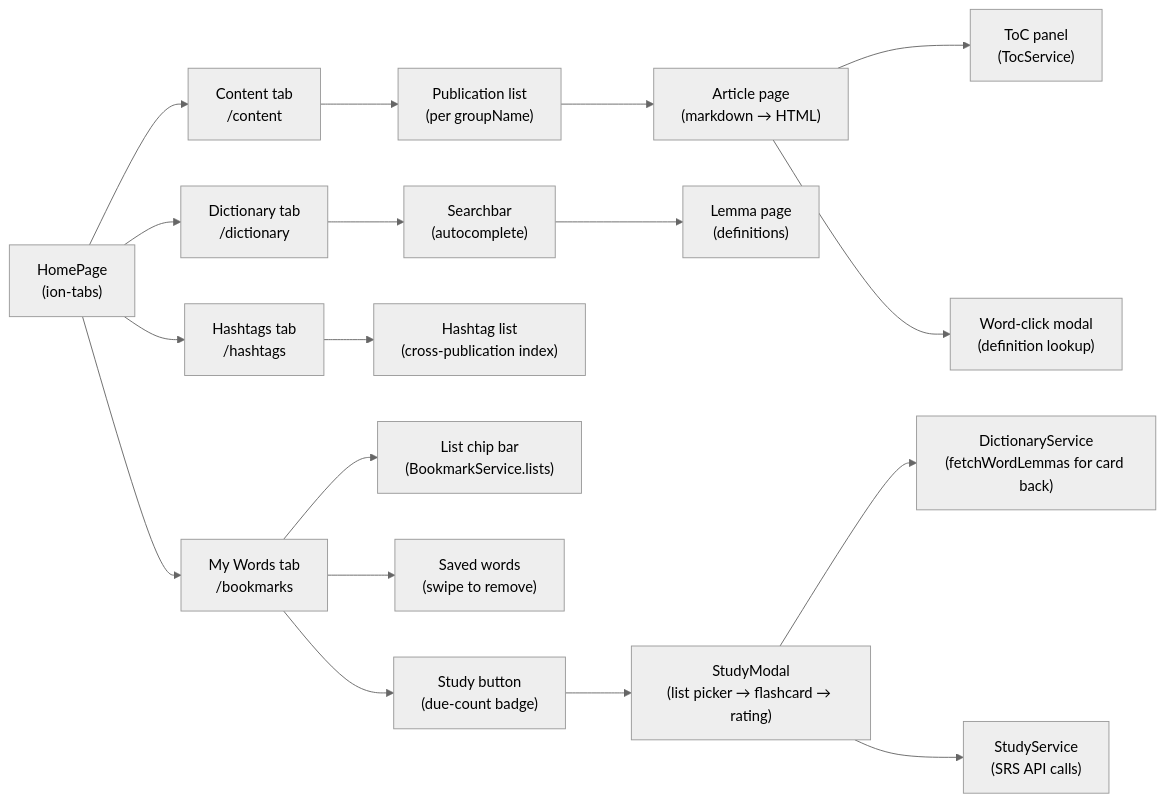
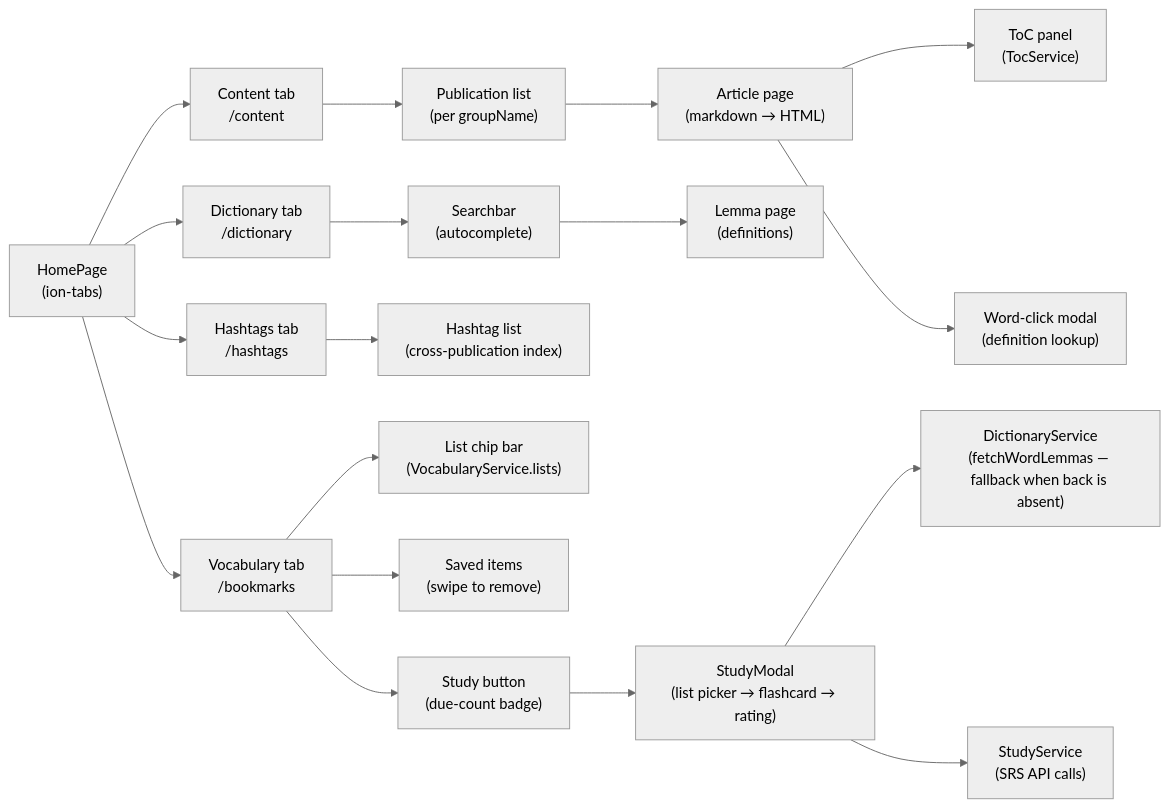
The third of 8 diagrams in apps/taalwiz-web/ARCHITECTURE.md (remarcmij/taalwiz-mono), drawn with Mermaid (neutral theme) before and after one commit. The commit also changed other lines of this file and 36 other files, not shown here.

First line of the commit message:
refactor: rename bookmarks → vocabulary throughout; word → term; add optional back field

````diff
--- a/apps/taalwiz-web/ARCHITECTURE.md
+++ b/apps/taalwiz-web/ARCHITECTURE.md
@@ -198,25 +198,25 @@
 ```mermaid
 graph LR
     HomePage["HomePage\n(ion-tabs)"]
     HomePage --> Content["Content tab\n/content"]
     HomePage --> Dictionary["Dictionary tab\n/dictionary"]
     HomePage --> Hashtags["Hashtags tab\n/hashtags"]
-    HomePage --> Bookmarks["My Words tab\n/bookmarks"]
+    HomePage --> Vocabulary["Vocabulary tab\n/bookmarks"]
 
     Content --> Publication["Publication list\n(per groupName)"]
     Publication --> Article["Article page\n(markdown → HTML)"]
     Article --> TOC["ToC panel\n(TocService)"]
     Article --> WordModal["Word-click modal\n(definition lookup)"]
 
     Dictionary --> Searchbar["Searchbar\n(autocomplete)"]
     Searchbar --> Lemma["Lemma page\n(definitions)"]
 
     Hashtags --> HashtagList["Hashtag list\n(cross-publication index)"]
 
-    Bookmarks --> ChipBar["List chip bar\n(BookmarkService.lists)"]
-    Bookmarks --> WordList["Saved words\n(swipe to remove)"]
-    Bookmarks --> StudyBtn["Study button\n(due-count badge)"]
+    Vocabulary --> ChipBar["List chip bar\n(VocabularyService.lists)"]
+    Vocabulary --> WordList["Saved items\n(swipe to remove)"]
+    Vocabulary --> StudyBtn["Study button\n(due-count badge)"]
     StudyBtn --> StudyModal["StudyModal\n(list picker → flashcard → rating)"]
-    StudyModal --> DictSvc["DictionaryService\n(fetchWordLemmas for card back)"]
+    StudyModal --> DictSvc["DictionaryService\n(fetchWordLemmas — fallback when back is absent)"]
     StudyModal --> StudySvc["StudyService\n(SRS API calls)"]
 ```
````
